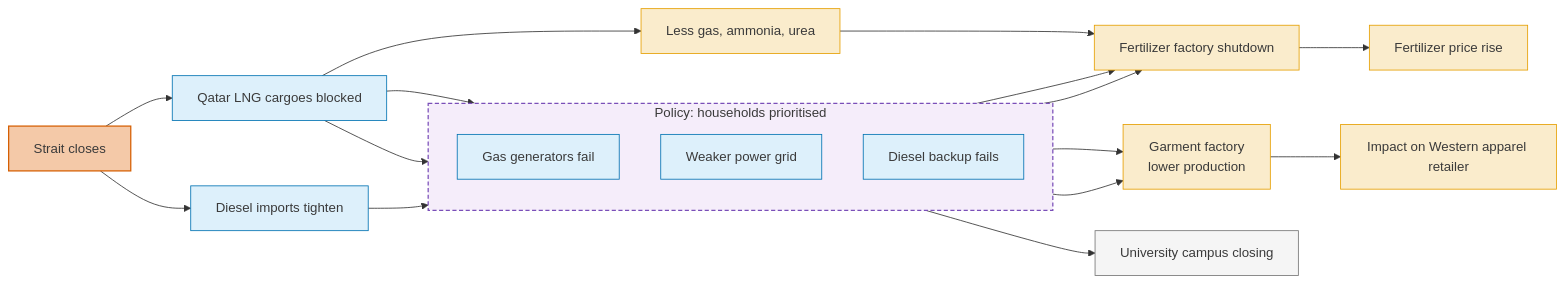
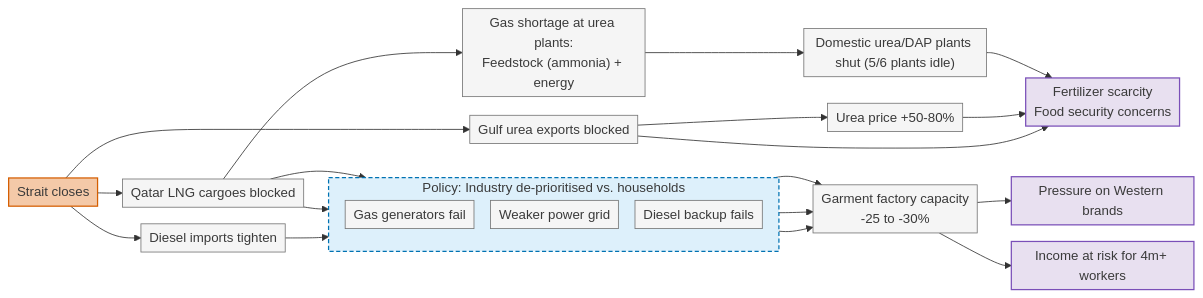
The first of 5 diagrams in docs/research/hormuz/case-studies.md (ccolon/disrupt-sc), drawn with Mermaid before and after one commit. The commit also changed other lines of this file and 1 other file, not shown here.

Commit message:
update diagram and pdf

````diff
--- a/docs/research/hormuz/case-studies.md
+++ b/docs/research/hormuz/case-studies.md
@@ -46,48 +48,49 @@
 ```mermaid
-%%{init: {'themeCSS': '.cluster-label foreignObject { text-align: center; }'}}%%
+%%{init: {'theme':'default', 'themeCSS': '.cluster-label foreignObject { text-align: center; }', 'flowchart': {'nodeSpacing': 20, 'rankSpacing': 30, 'padding': 5, 'curve': 'basis'}}}%%
+
 flowchart LR
-    A[Strait closes]:::source
+    A[Strait closes]:::trigger
 
-    B[Qatar LNG cargoes blocked]:::energy
-    C[Diesel imports tighten]:::energy
-    A --> B
-    A --> C
+    B[Qatar LNG cargoes blocked]
+    Ba[Gulf urea exports blocked]
+    C[Diesel imports tighten]
+    A --> B & Ba & C
 
-    subgraph policy_response ["Policy: households prioritised"]
+    subgraph policy_response ["Policy: Industry de-prioritised vs. households"]
         direction TB
-        E[Gas generators fail]:::energy
-        F[Weaker power grid]:::energy
-        G[Diesel backup fails]:::energy
+        E[Gas generators fail]
+        F[Weaker power grid]
+        G[Diesel backup fails]
     end
 
-    D[Less gas, ammonia, urea]:::material
-    V[University campus closing]
-    W[Fertilizer price rise]:::material
-    X[Fertilizer factory shutdown]:::material
-    Y[Garment factory<br/>lower production]:::material
-    Z[Impact on Western apparel retailer]:::material
+    D["Gas shortage at urea plants:<br>Feedstock (ammonia) + energy"]
+    %%V[University campus closing]:::outcome
+    W["Urea price +50-80%"]
+    X["Domestic urea/DAP plants shut (5/6 plants idle)"]
+    Y["Garment factory capacity<br>-25 to -30%"]
+    Z[Pressure on Western brands]:::outcome
+    Za[Income at risk for 4m+ workers]:::outcome
+    Zb["Fertilizer scarcity<br/>Food security concerns"]:::outcome
 
     B --> D
     B --> E
     B --> F
     C --> G
 
     D --> X
-    E --> X
-    G --> X
-    X --> W
+    Ba --> W
 
+    F --> Y
     E --> Y
     G --> Y
-    Y --> Z
+    Y --> Z & Za
 
-    F --> V
+    X --> Zb
+    W --> Zb
+    Ba --> Zb
 
-    classDef source   fill:#F4C9A8,stroke:#D55E00,stroke-width:1.5px,color:#3A3A3A;
-    classDef energy   fill:#DDF0FB,stroke:#0072B2,stroke-width:1px,color:#3A3A3A;
-    classDef material fill:#FAECCC,stroke:#E69F00,stroke-width:1px,color:#3A3A3A;
-    classDef policy   fill:#E8E0F0,stroke:#7A4FB8,stroke-width:1px,color:#3A3A3A;
-    classDef default  fill:#F5F5F5,stroke:#767676,stroke-width:1px,color:#3A3A3A;
-
-    style policy_response fill:#F5EDFA,stroke:#7A4FB8,stroke-width:1.5px,stroke-dasharray:5 3,color:#3A3A3A
+    classDef trigger  fill:#F4C9A8,stroke:#D55E00,stroke-width:1.5px,color:#3A3A3A
+    classDef outcome  fill:#E8E0F0,stroke:#7A4FB8,stroke-width:1.5px,color:#3A3A3A  
+    classDef default  fill:#F5F5F5,stroke:#767676,stroke-width:1px,color:#3A3A3A
+    style policy_response fill:#DDF0FB,stroke:#0072B2,stroke-width:1.5px,stroke-dasharray:5 3,color:#3A3A3A
 ```
````
